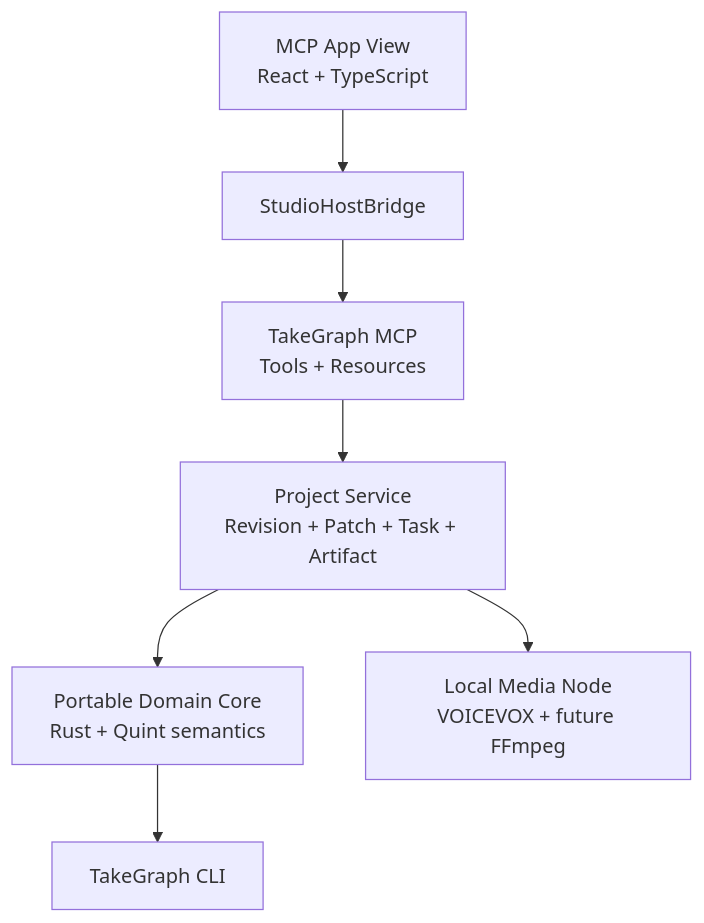
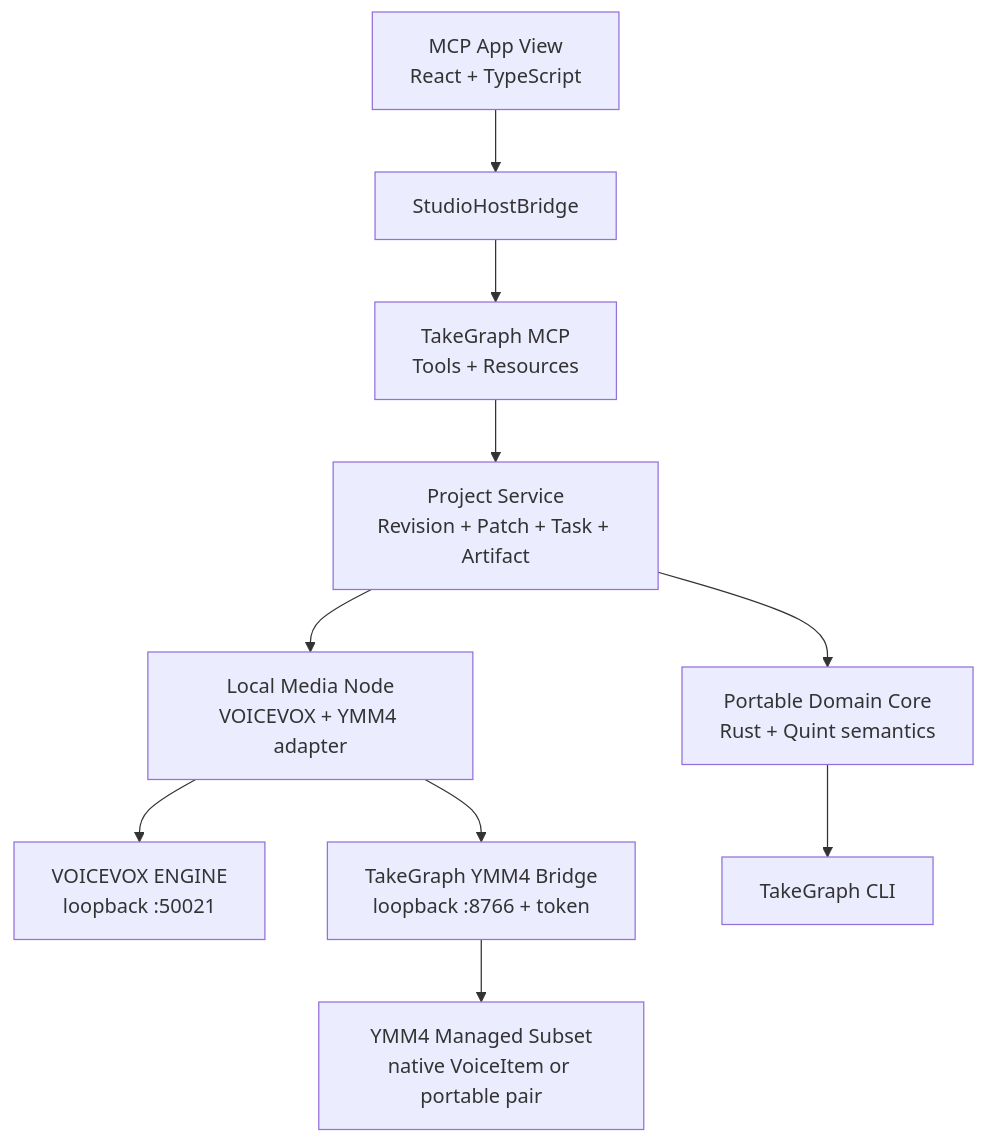
The first of 2 diagrams in docs/architecture.md (annenpolka/takegraph), drawn with Mermaid before and after one commit. The commit also changed other lines of this file and 90 other files, not shown here.

````diff
--- a/docs/architecture.md
+++ b/docs/architecture.md
@@ -5,9 +5,12 @@
 ```mermaid
 flowchart TD
   View["MCP App View\nReact + TypeScript"] --> Bridge["StudioHostBridge"]
   Bridge --> MCP["TakeGraph MCP\nTools + Resources"]
   MCP --> Service["Project Service\nRevision + Patch + Task + Artifact"]
   Service --> Core["Portable Domain Core\nRust + Quint semantics"]
-  Service --> Node["Local Media Node\nVOICEVOX + future FFmpeg"]
+  Service --> Node["Local Media Node\nVOICEVOX + YMM4 adapter"]
+  Node --> Voicevox["VOICEVOX ENGINE\nloopback :50021"]
+  Node --> Ymm4Bridge["TakeGraph YMM4 Bridge\nloopback :8766 + token"]
+  Ymm4Bridge --> Ymm4["YMM4 Managed Subset\nnative VoiceItem or portable pair"]
   Core --> CLI["TakeGraph CLI"]
 ```
````
